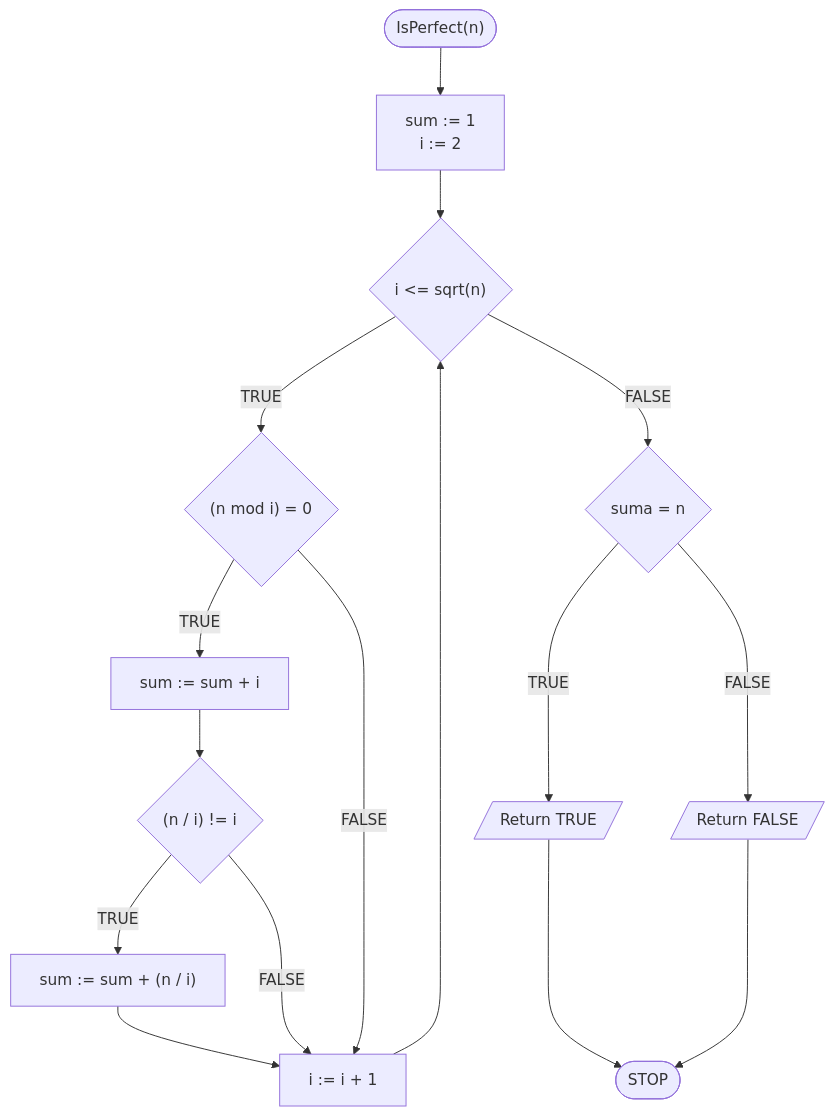
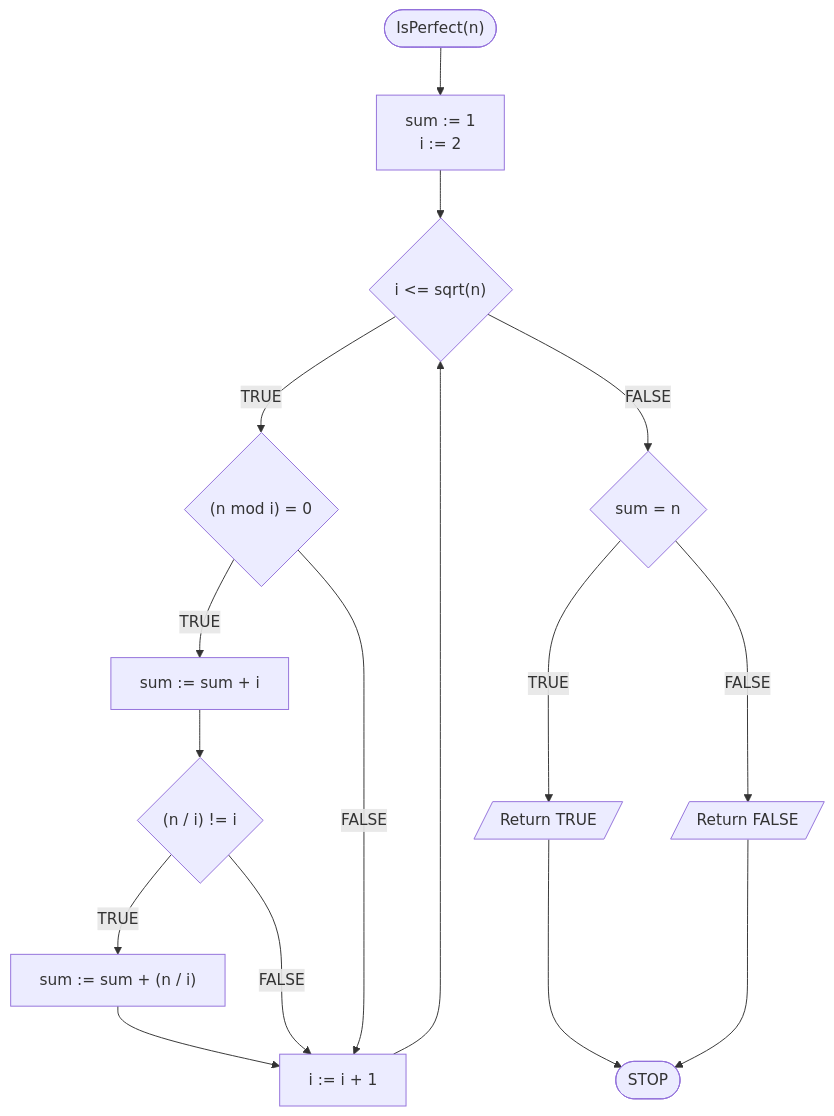
One commit to blackbat13/cs-htiew-en-gitbook changed the second of 2 diagrams in algorithms/integers/perfect-test.md. Above: the diagram before and after it, drawn with Mermaid.

````diff
--- a/algorithms/integers/perfect-test.md
+++ b/algorithms/integers/perfect-test.md
@@ -148,18 +148,18 @@
 ```mermaid
 flowchart TD
 	START(["IsPerfect(n)"]) --> K1[sum := 1\ni := 2]
 	K1 --> K2{"i <= sqrt(n)"}
 	K2 -- TRUE --> K3{"(n mod i) = 0"}
 	K3 -- TRUE --> K4[sum := sum + i]
 	K4 --> K5{"(n / i) != i"}
 	K5 -- TRUE --> K6["sum := sum + (n / i)"]
 	K6 --> K2i[i := i + 1]
 	K5 -- FALSE --> K2i
 	K3 -- FALSE --> K2i
 	K2i --> K2
-	K2 -- FALSE --> K7{suma = n}
+	K2 -- FALSE --> K7{sum = n}
 	K7 -- TRUE ---> K8[/Return TRUE/]
 	K8 ---> STOP([STOP])
 	K7 -- FALSE ---> K10[/Return FALSE/]
 	K10 ---> STOP
 ```
````
